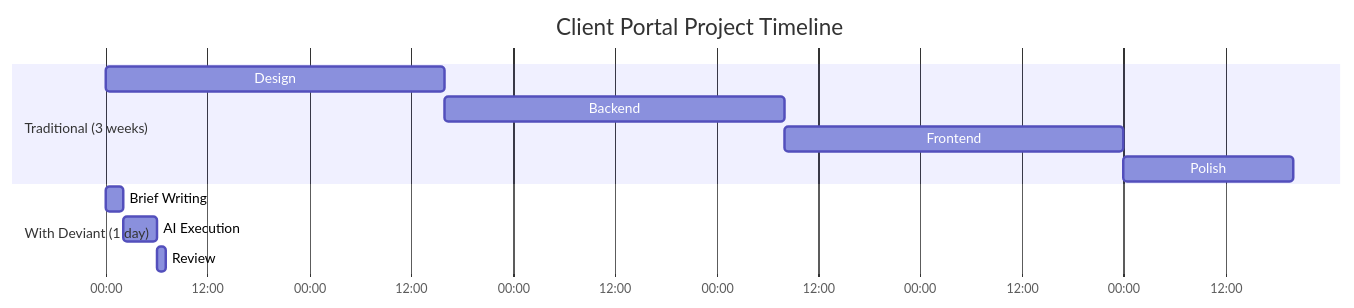
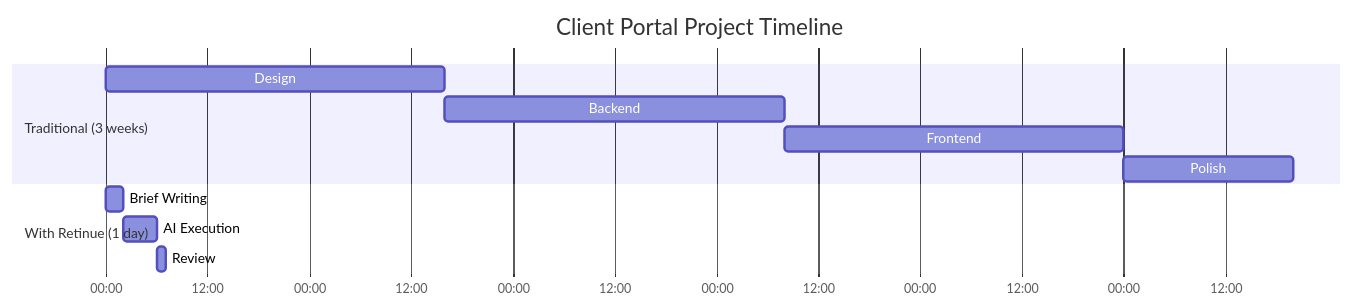
The first of 2 diagrams in docs/articles/3-use-cases/01-for-solo-founders.md (nicanor-korir/retinue), drawn with Mermaid before and after one commit. The commit also changed other lines of this file and 128 other files, not shown here.

First line of the commit message:
feat(rebrand): rename Deviant/AgentGo to Retinue, rewrite docs, add shared-VPS deploy

````diff
--- a/docs/articles/3-use-cases/01-for-solo-founders.md
+++ b/docs/articles/3-use-cases/01-for-solo-founders.md
@@ -49,17 +49,17 @@
 ```mermaid
 gantt
     title Client Portal Project Timeline
     dateFormat  HH:mm
     axisFormat %H:%M
 
     section Traditional (3 weeks)
     Design          :a1, 00:00, 40h
     Backend         :a2, after a1, 40h
     Frontend        :a3, after a2, 40h
     Polish          :a4, after a3, 20h
 
-    section With Deviant (1 day)
+    section With Retinue (1 day)
     Brief Writing   :b1, 00:00, 2h
     AI Execution    :b2, after b1, 4h
     Review          :b3, after b2, 1h
 ```
````
